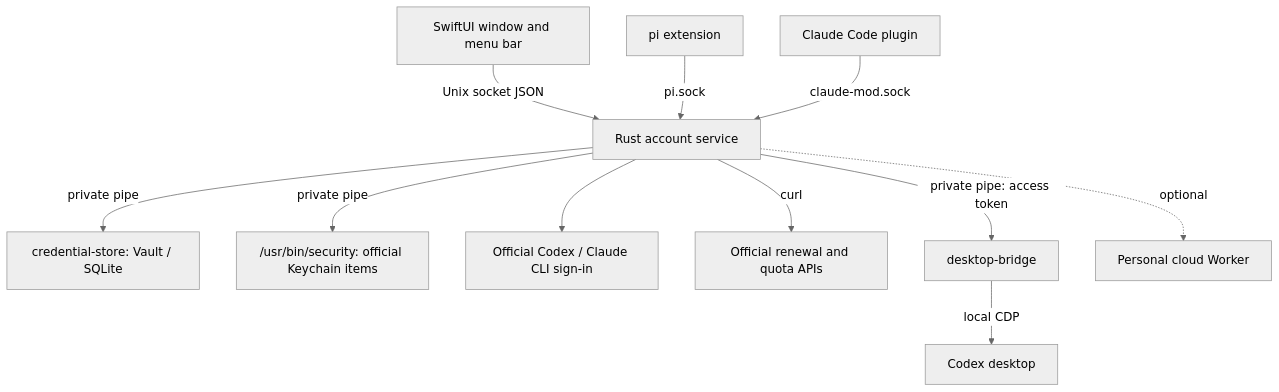
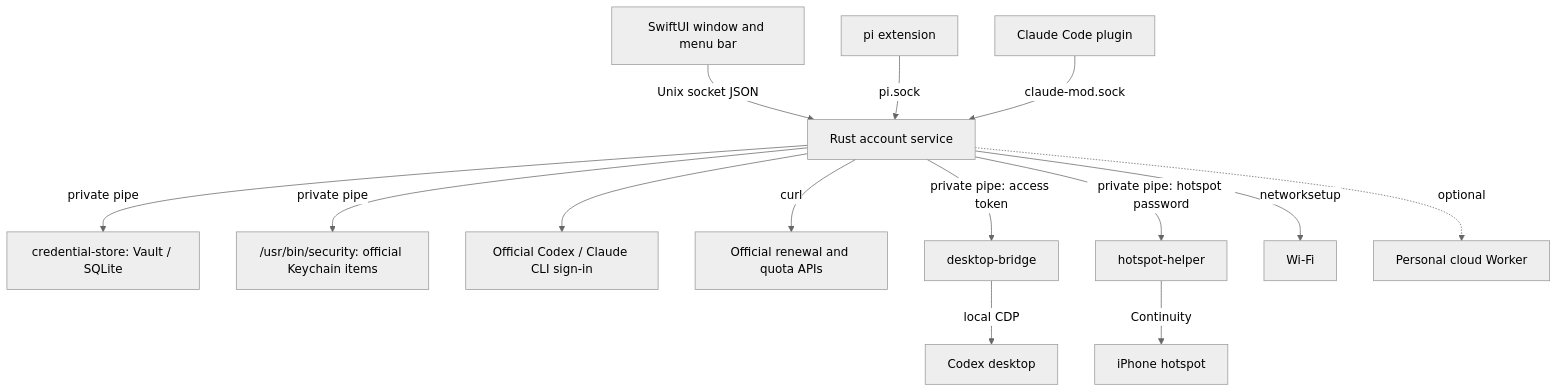
Before and after one commit to WUXM5/AuthBaton: the diagram in README.md, drawn with Mermaid (neutral theme). The commit also changed other lines of this file and 23 other files, not shown here.

````diff
--- a/README.md
+++ b/README.md
@@ -56,13 +58,16 @@
 ```mermaid
 flowchart TD
     UI[SwiftUI window and menu bar] -->|Unix socket JSON| S[Rust account service]
     S -->|private pipe| H["credential-store: Vault / SQLite"]
     S -->|private pipe| K["/usr/bin/security: official Keychain items"]
     S --> L[Official Codex / Claude CLI sign-in]
     S -->|curl| API[Official renewal and quota APIs]
     S -->|"private pipe: access token"| B[desktop-bridge]
     B -->|local CDP| D[Codex desktop]
     P[pi extension] -->|pi.sock| S
     M[Claude Code plugin] -->|claude-mod.sock| S
+    S -->|"private pipe: hotspot password"| HS[hotspot-helper]
+    HS -->|Continuity| PH[iPhone hotspot]
+    S -->|networksetup| WIFI[Wi-Fi]
     S -.->|optional| W[Personal cloud Worker]
 ```
````
